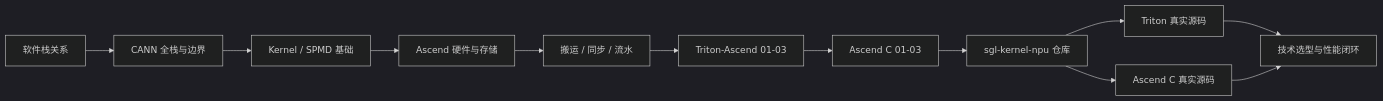
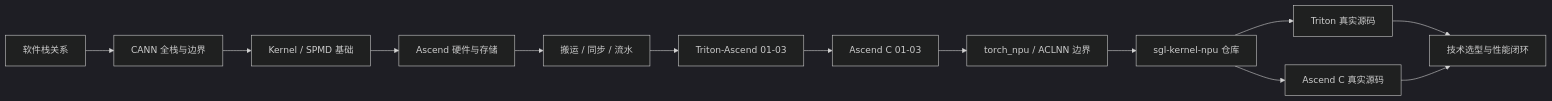
One commit to cl-vv-h/SGLang_Tutor changed the diagram in learning/ascend-kernel-infra/README.md. Above: the diagram before and after it, drawn with Mermaid (dark theme). The commit also changed other lines of this file and 3 other files, not shown here.

Commit message:
docs: add torch_npu dispatch guide

````diff
--- a/learning/ascend-kernel-infra/README.md
+++ b/learning/ascend-kernel-infra/README.md
@@ -80,14 +86,15 @@
 ```mermaid
 flowchart LR
   A["软件栈关系"] --> B0["CANN 全栈与边界"]
   B0 --> B["Kernel / SPMD 基础"]
   B --> C["Ascend 硬件与存储"]
   C --> D["搬运 / 同步 / 流水"]
   D --> E["Triton-Ascend 01-03"]
   E --> F["Ascend C 01-03"]
-  F --> G["sgl-kernel-npu 仓库"]
-  G --> H["Triton 真实源码"]
-  G --> I["Ascend C 真实源码"]
-  H --> J["技术选型与性能闭环"]
-  I --> J
+  F --> G["torch_npu / ACLNN 边界"]
+  G --> H["sgl-kernel-npu 仓库"]
+  H --> I["Triton 真实源码"]
+  H --> J["Ascend C 真实源码"]
+  I --> K["技术选型与性能闭环"]
+  J --> K
 ```
````
